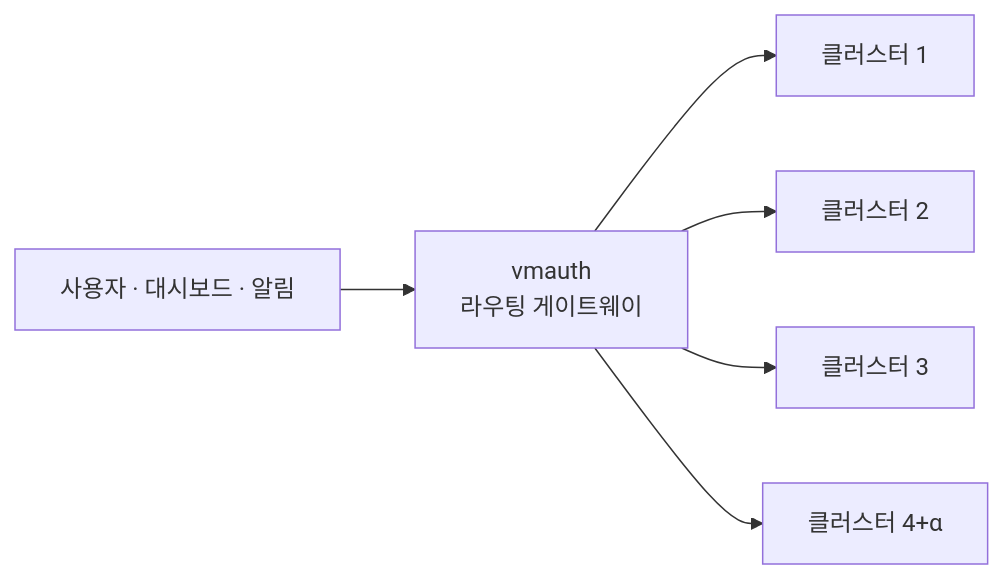
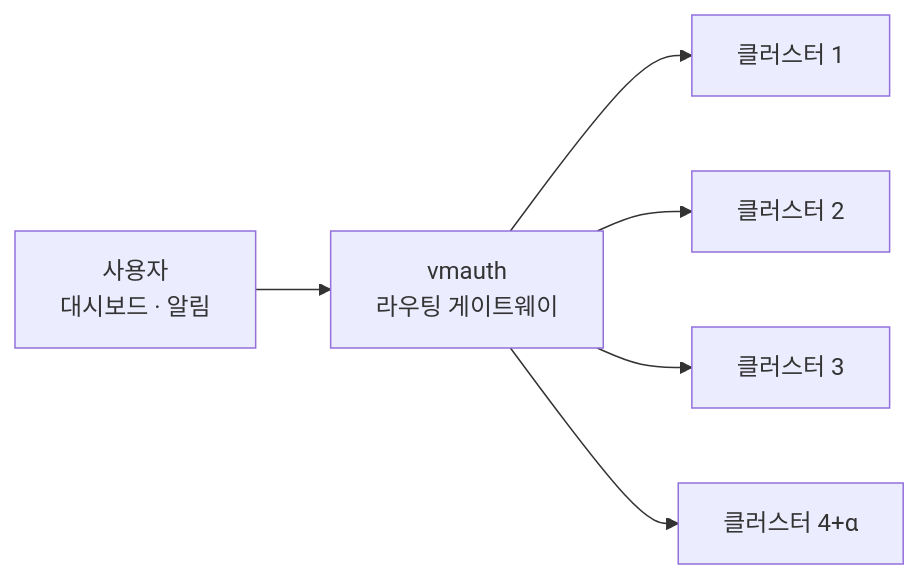
The third of 3 diagrams in content/monitoring/victoriametrics/by-source/01-2024-02-sre-tsdb.md (idoyo7/study-hugo), drawn with Mermaid before and after one commit. The commit also changed other lines of this file and 3 other files, not shown here.

First line of the commit message:
docs(victoriametrics): by-source 다이어그램 5종 추가 + 문체 정제(Codex 교차검증)

````diff
--- a/content/monitoring/victoriametrics/by-source/01-2024-02-sre-tsdb.md
+++ b/content/monitoring/victoriametrics/by-source/01-2024-02-sre-tsdb.md
@@ -101,8 +110,8 @@
 ```mermaid
 flowchart LR
-  U["사용자 · 대시보드 · 알림"] --> GW["vmauth<br/>라우팅 게이트웨이"]
+  U["사용자<br/>대시보드 · 알림"] --> GW["vmauth<br/>라우팅 게이트웨이"]
   GW --> C1["클러스터 1"]
   GW --> C2["클러스터 2"]
   GW --> C3["클러스터 3"]
   GW --> C4["클러스터 4+α"]
 ```
````
